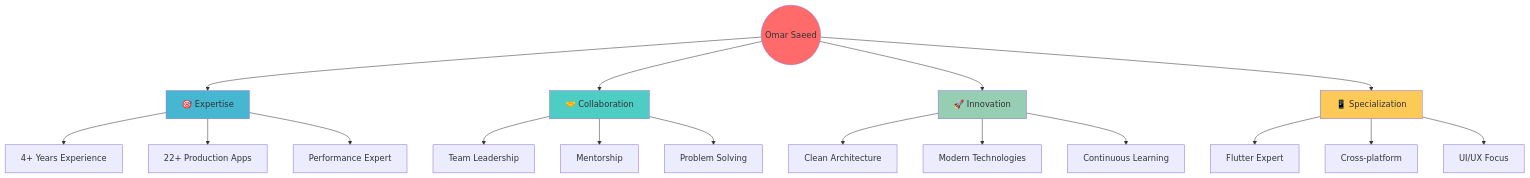
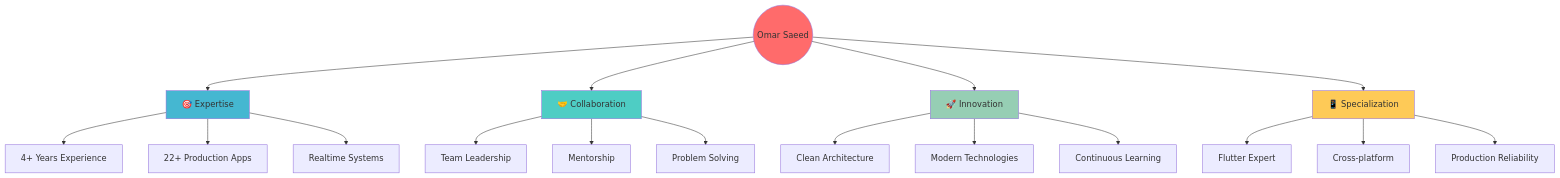
One commit to OmarSaeed20/OmarSaeed20 changed the fourth of 4 diagrams in README.md. Above: the diagram before and after it, drawn with Mermaid. The commit also changed other lines of this file and 1 other file, not shown here.

````diff
--- a/README.md
+++ b/README.md
@@ -421,30 +413,30 @@
 ```mermaid
 graph TD
     O(("Omar Saeed"))
     O --> A["🎯 Expertise"]
     O --> B["🤝 Collaboration"]
     O --> C["🚀 Innovation"]
     O --> D["📱 Specialization"]
 
     A --> A1["4+ Years Experience"]
     A --> A2["22+ Production Apps"]
-    A --> A3["Performance Expert"]
+    A --> A3["Realtime Systems"]
 
     B --> B1["Team Leadership"]
     B --> B2["Mentorship"]
     B --> B3["Problem Solving"]
 
     C --> C1["Clean Architecture"]
     C --> C2["Modern Technologies"]
     C --> C3["Continuous Learning"]
 
     D --> D1["Flutter Expert"]
     D --> D2["Cross-platform"]
-    D --> D3["UI/UX Focus"]
+    D --> D3["Production Reliability"]
 
     style O fill:#FF6B6B
     style A fill:#45B7D1
     style B fill:#4ECDC4
     style C fill:#96CEB4
     style D fill:#FECA57
 ```
````
